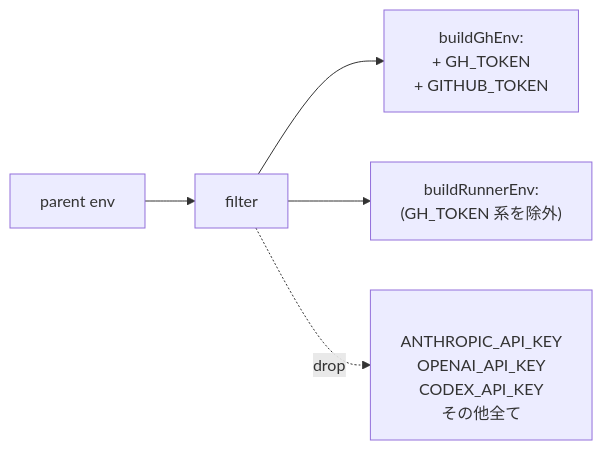
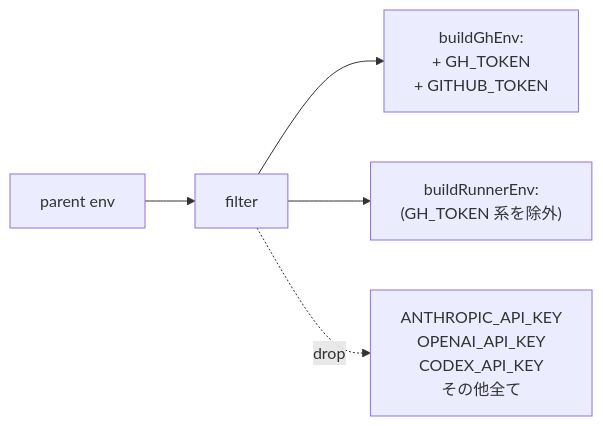
One commit to cattyneo/agent-autokit changed the third of 7 diagrams in docs/dev-guide/05-safety.md. Above: the diagram before and after it, drawn with Mermaid. The commit also changed other lines of this file and 12 other files, not shown here.

````diff
--- a/docs/dev-guide/05-safety.md
+++ b/docs/dev-guide/05-safety.md
@@ -58,8 +58,8 @@
 ```mermaid
 flowchart LR
   parent[parent env] --> filter
   filter --> outGh["buildGhEnv:<br/>+ GH_TOKEN<br/>+ GITHUB_TOKEN"]
   filter --> outRunner["buildRunnerEnv:<br/>(GH_TOKEN 系を除外)"]
 
-  filter -. drop .-> dropped[<br/>ANTHROPIC_API_KEY<br/>OPENAI_API_KEY<br/>CODEX_API_KEY<br/>その他全て<br/>]
+  filter -. drop .-> dropped["ANTHROPIC_API_KEY<br/>OPENAI_API_KEY<br/>CODEX_API_KEY<br/>その他全て"]
 ```
````
